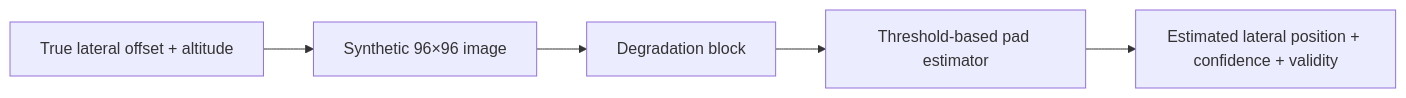
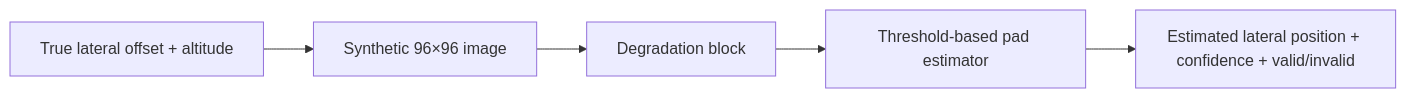
Before and after one commit to suhaslord/uav-safety-research: the second of 2 diagrams in README.md, drawn with Mermaid. The commit also changed other lines of this file, not shown here.

````diff
--- a/README.md
+++ b/README.md
@@ -67,7 +85,7 @@
 ```mermaid
 flowchart LR
     A[True lateral offset + altitude] --> B[Synthetic 96×96 image]
     B --> C[Degradation block]
     C --> D[Threshold-based pad estimator]
-    D --> E[Estimated lateral position + confidence + validity]
+    D --> E[Estimated lateral position + confidence + valid/invalid]
 ```
````
